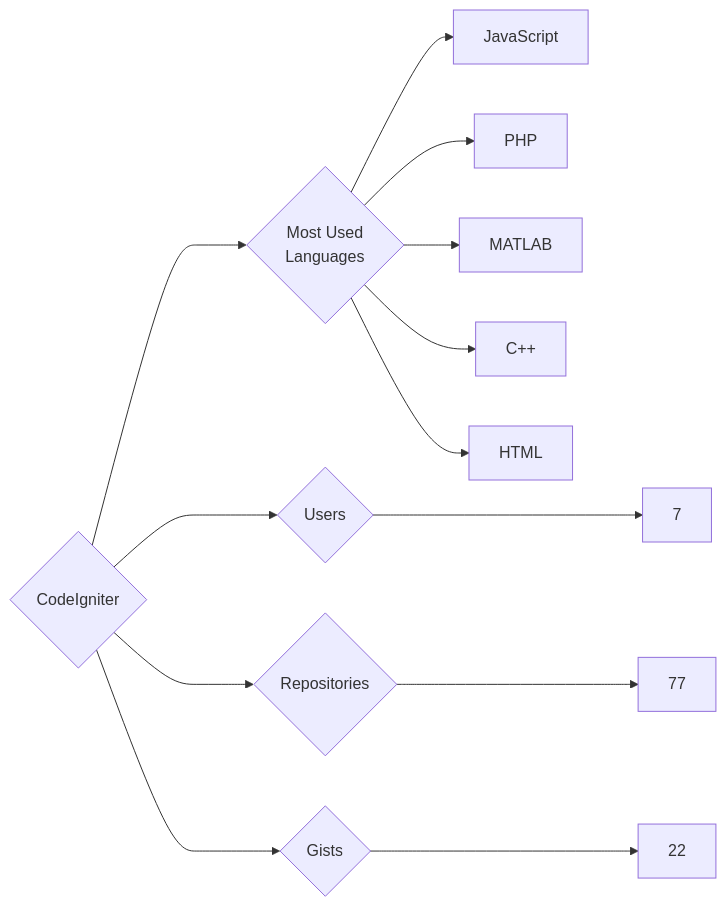
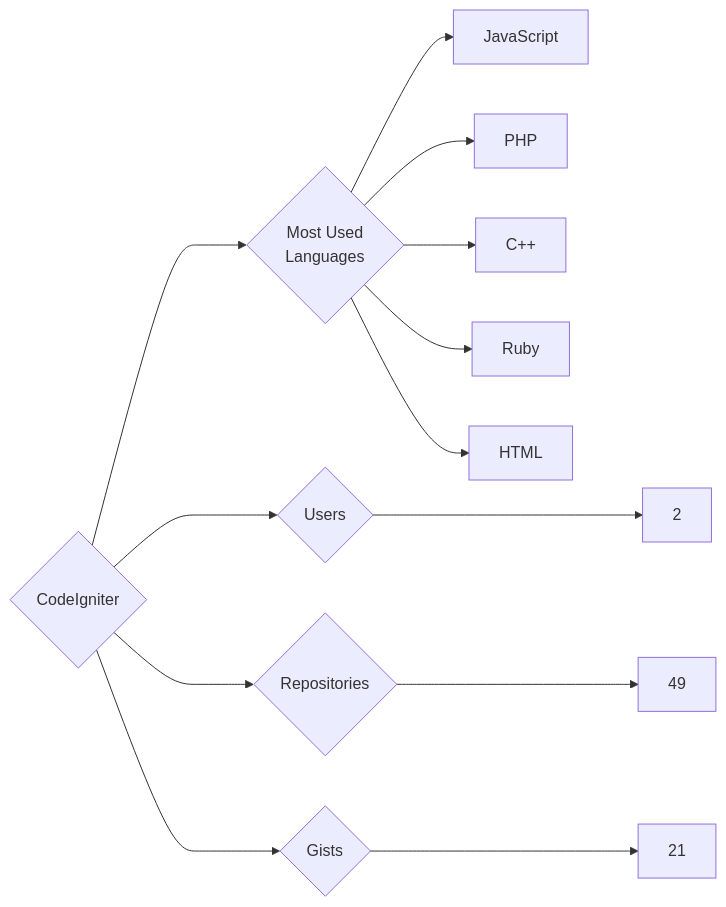
The diagram in targets/CodeIgniter/README.md (trickest/insiders), drawn with Mermaid before and after one commit. The commit also changed 639 other files, not shown here.

````diff
--- a/targets/CodeIgniter/README.md
+++ b/targets/CodeIgniter/README.md
@@ -3,13 +3,13 @@
 ```mermaid
 graph LR
 COMPANY_NAME{CodeIgniter}
-COMPANY_NAME ---> U{Users} ---> UN[7]
-COMPANY_NAME ---> R{Repositories} ---> RN[77]
-COMPANY_NAME ---> G{Gists} ---> GN[22]
+COMPANY_NAME ---> U{Users} ---> UN[2]
+COMPANY_NAME ---> R{Repositories} ---> RN[49]
+COMPANY_NAME ---> G{Gists} ---> GN[21]
 COMPANY_NAME ---> ML{Most Used<br>Languages}
 ML --> JavaScript[JavaScript]
 ML --> PHP[PHP]
-ML --> MATLAB[MATLAB]
 ML --> C++[C++]
+ML --> Ruby[Ruby]
 ML --> HTML[HTML]
 ```
````
